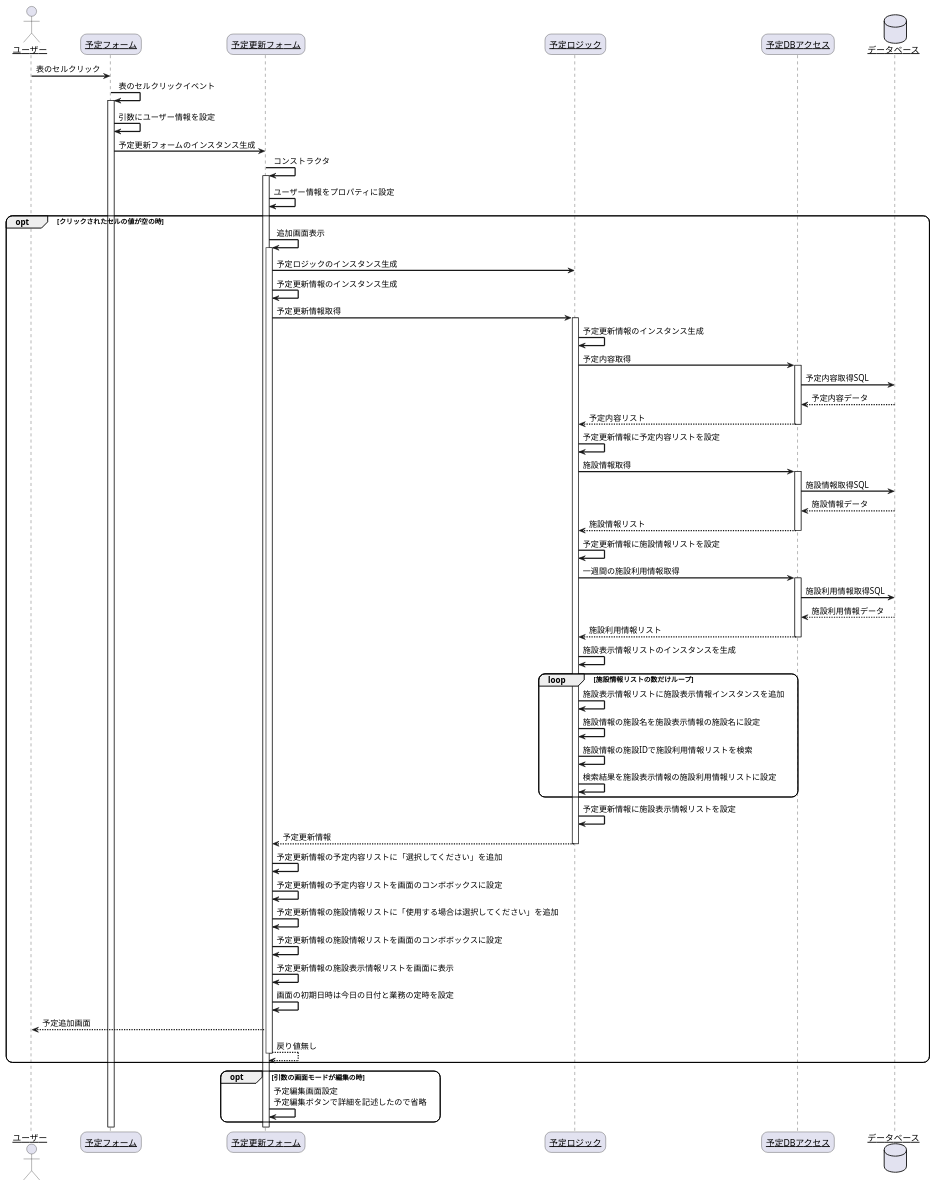
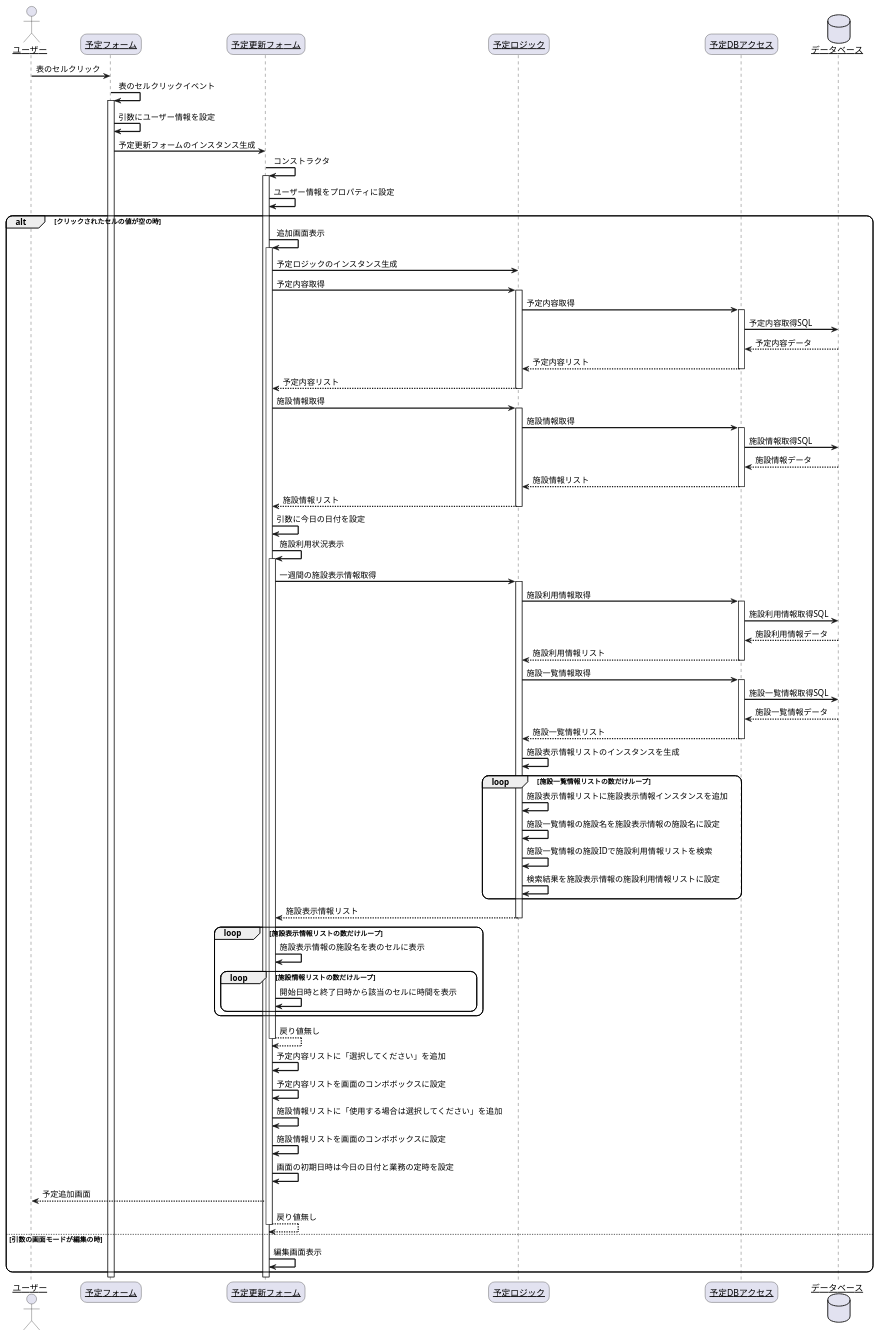
The diagram in シーケンス図/予定/予定_追加編集_起動.pu (R-SAIKI/practiceUML), drawn with PlantUML before and after one commit. The commit also changed 7 other files, not shown here.

```diff
--- a/シーケンス図/予定/予定_追加編集_起動.pu
+++ b/シーケンス図/予定/予定_追加編集_起動.pu
@@ -1,75 +1,93 @@
 @startuml
 skinparam sequenceArrowThickness 2
 skinparam roundcorner 20
 skinparam maxmessagesize 60
 skinparam sequenceParticipant underline
 
 actor "ユーザー" as user
 participant "予定フォーム" as plan_form
 participant "予定更新フォーム" as plan_update_form
 participant "予定ロジック" as plan_logic
 participant "予定DBアクセス" as plan_data_acces
 database "データベース" as db
 
 user -> plan_form: 表のセルクリック
 plan_form -> plan_form: 表のセルクリックイベント
 activate plan_form
 plan_form -> plan_form: 引数にユーザー情報を設定
 plan_form -> plan_update_form: 予定更新フォームのインスタンス生成
 plan_update_form -> plan_update_form: コンストラクタ
 activate plan_update_form
 plan_update_form -> plan_update_form:ユーザー情報をプロパティに設定
-opt クリックされたセルの値が空の時
+alt クリックされたセルの値が空の時
     plan_update_form -> plan_update_form: 追加画面表示
     activate plan_update_form
     plan_update_form -> plan_logic: 予定ロジックのインスタンス生成
-    plan_update_form -> plan_update_form: 予定更新情報のインスタンス生成
-    plan_update_form -> plan_logic: 予定更新情報取得
+    plan_update_form -> plan_logic: 予定内容取得
     activate plan_logic
-    plan_logic -> plan_logic: 予定更新情報のインスタンス生成
     plan_logic -> plan_data_acces: 予定内容取得
     activate plan_data_acces
     plan_data_acces -> db: 予定内容取得SQL
     db --> plan_data_acces: 予定内容データ
     plan_data_acces --> plan_logic:予定内容リスト
     deactivate plan_data_acces
-    plan_logic -> plan_logic: 予定更新情報に予定内容リストを設定
+    plan_logic --> plan_update_form: 予定内容リスト
+    deactivate plan_logic
+    plan_update_form -> plan_logic: 施設情報取得
+    activate plan_logic
     plan_logic -> plan_data_acces: 施設情報取得
     activate plan_data_acces
     plan_data_acces -> db: 施設情報取得SQL
     db --> plan_data_acces: 施設情報データ
     plan_data_acces --> plan_logic:施設情報リスト
     deactivate plan_data_acces
-    plan_logic -> plan_logic: 予定更新情報に施設情報リストを設定
-    plan_logic -> plan_data_acces: 一週間の施設利用情報取得
+    plan_logic --> plan_update_form: 施設情報リスト
+    deactivate plan_logic
+    plan_update_form -> plan_update_form: 引数に今日の日付を設定
+    plan_update_form -> plan_update_form: 施設利用状況表示
+    activate plan_update_form
+    plan_update_form -> plan_logic: 一週間の施設表示情報取得
+    activate plan_logic
+    plan_logic -> plan_data_acces: 施設利用情報取得
     activate plan_data_acces
     plan_data_acces -> db: 施設利用情報取得SQL
     db --> plan_data_acces: 施設利用情報データ
     plan_data_acces --> plan_logic:施設利用情報リスト
     deactivate plan_data_acces
+    plan_logic -> plan_data_acces: 施設一覧情報取得
+    activate plan_data_acces
+    plan_data_acces -> db: 施設一覧情報取得SQL
+    db --> plan_data_acces: 施設一覧情報データ
+    plan_data_acces --> plan_logic:施設一覧情報リスト
+    deactivate plan_data_acces
     plan_logic -> plan_logic: 施設表示情報リストのインスタンスを生成
-    loop 施設情報リストの数だけループ
+    loop 施設一覧情報リストの数だけループ
         plan_logic -> plan_logic: 施設表示情報リストに施設表示情報インスタンスを追加
-        plan_logic -> plan_logic: 施設情報の施設名を施設表示情報の施設名に設定
-        plan_logic -> plan_logic: 施設情報の施設IDで施設利用情報リストを検索
+        plan_logic -> plan_logic: 施設一覧情報の施設名を施設表示情報の施設名に設定
+        plan_logic -> plan_logic: 施設一覧情報の施設IDで施設利用情報リストを検索
         plan_logic -> plan_logic: 検索結果を施設表示情報の施設利用情報リストに設定
     end
-    plan_logic -> plan_logic: 予定更新情報に施設表示情報リストを設定    
-    plan_logic --> plan_update_form: 予定更新情報
+    plan_logic --> plan_update_form: 施設表示情報リスト
     deactivate plan_logic
-    plan_update_form -> plan_update_form:予定更新情報の予定内容リストに「選択してください」を追加
-    plan_update_form -> plan_update_form:予定更新情報の予定内容リストを画面のコンボボックスに設定
-    plan_update_form -> plan_update_form:予定更新情報の施設情報リストに「使用する場合は選択してください」を追加
-    plan_update_form -> plan_update_form:予定更新情報の施設情報リストを画面のコンボボックスに設定
-    plan_update_form -> plan_update_form:予定更新情報の施設表示情報リストを画面に表示
+    loop 施設表示情報リストの数だけループ
+        plan_update_form -> plan_update_form: 施設表示情報の施設名を表のセルに表示
+        loop 施設情報リストの数だけループ
+            plan_update_form -> plan_update_form: 開始日時と終了日時から該当のセルに時間を表示
+        end
+    end
+    plan_update_form --> plan_update_form:戻り値無し
+    deactivate plan_update_form
+    plan_update_form -> plan_update_form:予定内容リストに「選択してください」を追加
+    plan_update_form -> plan_update_form:予定内容リストを画面のコンボボックスに設定
+    plan_update_form -> plan_update_form:施設情報リストに「使用する場合は選択してください」を追加
+    plan_update_form -> plan_update_form:施設情報リストを画面のコンボボックスに設定
     plan_update_form -> plan_update_form:画面の初期日時は今日の日付と業務の定時を設定
     plan_update_form --> user: 予定追加画面
     plan_update_form --> plan_update_form: 戻り値無し
     deactivate plan_update_form
-end
-opt 引数の画面モードが編集の時
-    plan_update_form -> plan_update_form:予定編集画面設定\n予定編集ボタンで詳細を記述したので省略
+else 引数の画面モードが編集の時
+    plan_update_form -> plan_update_form:編集画面表示
 end
 
 
 @enduml
```
